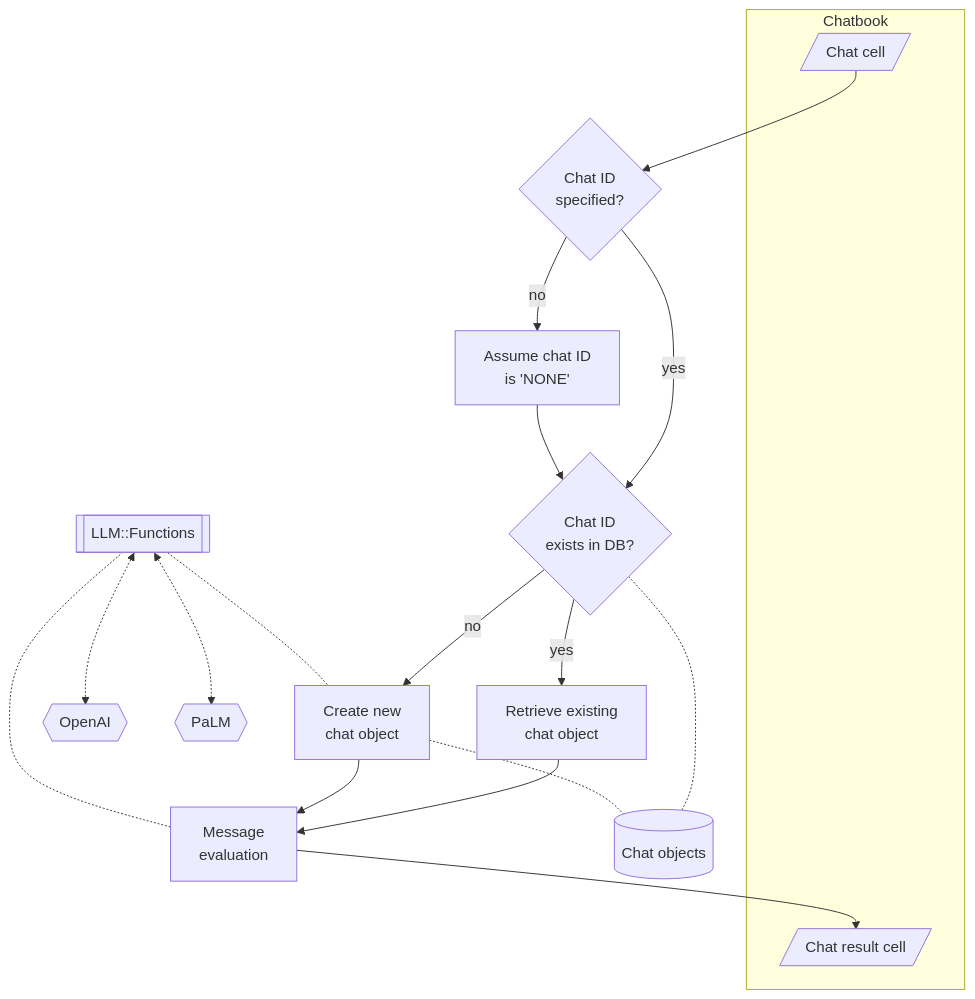
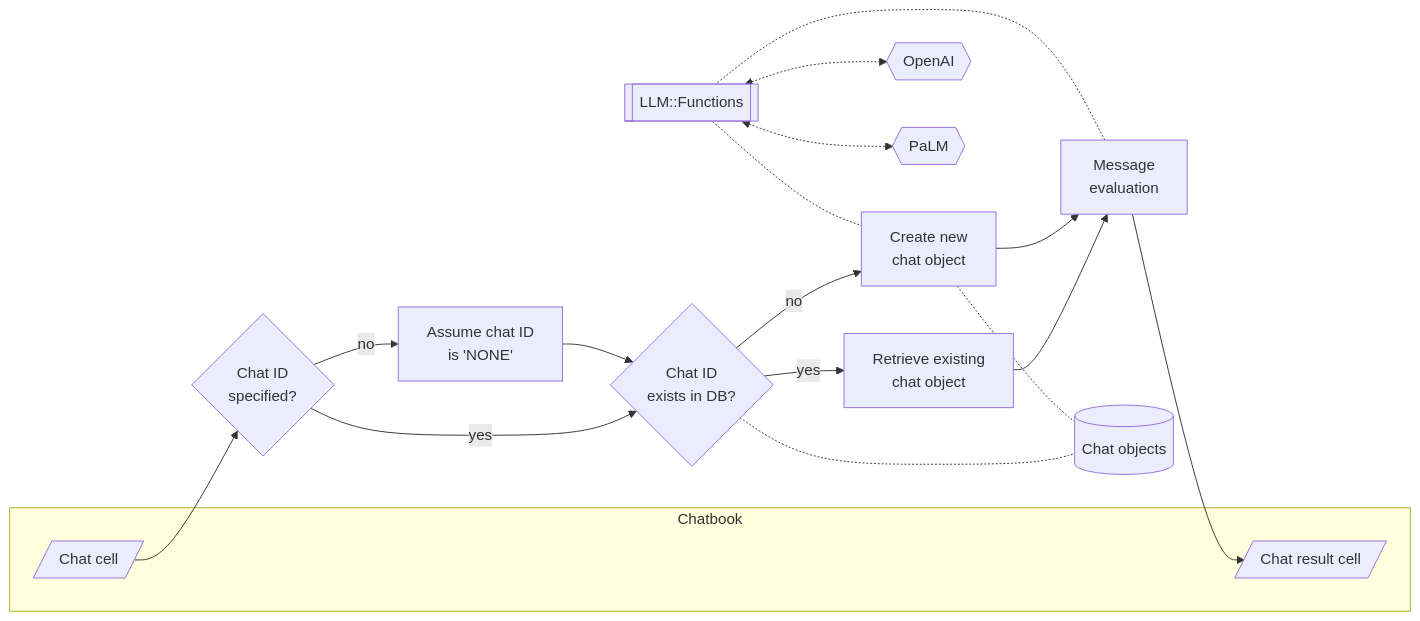
The first of 2 diagrams in README-work.md (antononcube/Raku-Jupyter-Chatbook), drawn with Mermaid before and after one commit. The commit also changed other lines of this file and 1 other file, not shown here.

````diff
--- a/README-work.md
+++ b/README-work.md
@@ -154,32 +157,32 @@
 ```mermaid
-flowchart TD
+flowchart LR
     OpenAI{{OpenAI}}
     PaLM{{PaLM}}
     LLMFunc[[LLM::Functions]]
     CODB[(Chat objects)]
     CCell[/Chat cell/]
     CRCell[/Chat result cell/]
     CIDQ{Chat ID<br>specified?}
     CIDEQ{Chat ID<br>exists in DB?}
     RECO[Retrieve existing<br>chat object]
     COEval[Message<br>evaluation]
     CNCO[Create new<br>chat object]
     CIDNone["Assume chat ID<br>is 'NONE'"] 
     subgraph Chatbook
         CCell
         CRCell
     end
     CCell --> CIDQ
     CIDQ --> |yes| CIDEQ
     CIDEQ --> |yes| RECO
     RECO --> COEval --> CRCell
     CIDEQ -.- CODB
     CIDEQ --> |no| CNCO
     LLMFunc -.- CNCO -.- CODB
     CNCO --> COEval
     CIDQ --> |no| CIDNone
     CIDNone --> CIDEQ
     COEval -.- LLMFunc
     LLMFunc <-.-> OpenAI
     LLMFunc <-.-> PaLM
 ```
````
